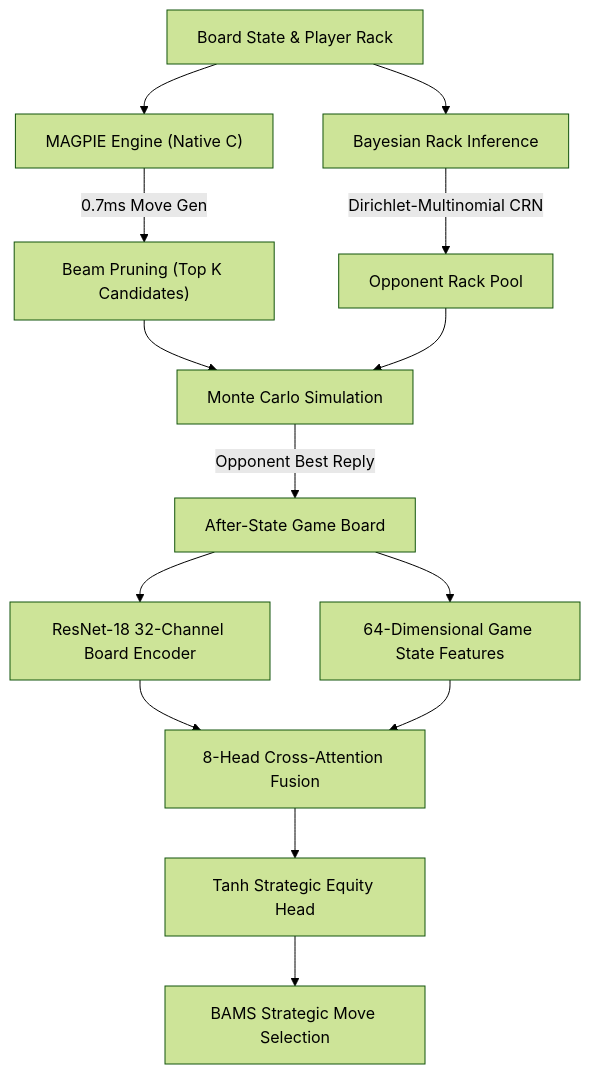
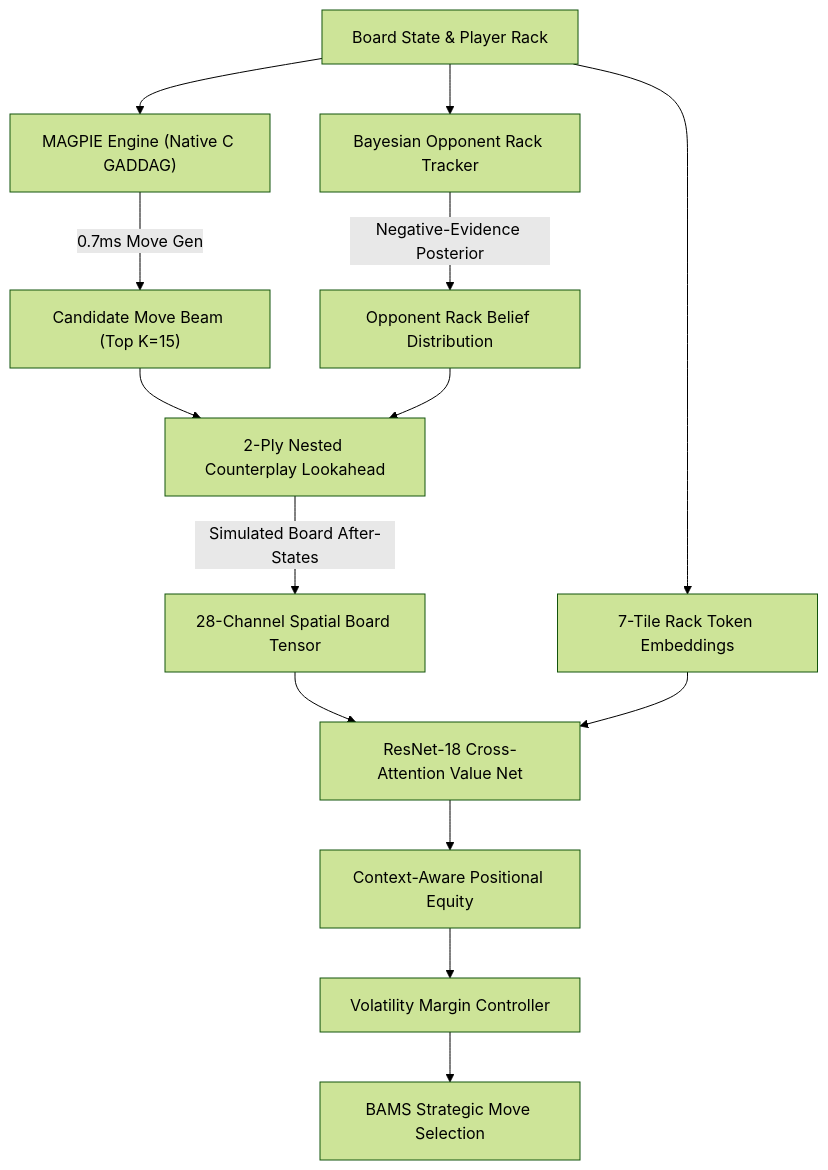
Before and after one commit to targed/Alphable: the diagram in README.md, drawn with Mermaid (forest theme). The commit also changed other lines of this file, not shown here.

````diff
--- a/README.md
+++ b/README.md
@@ -110,14 +106,14 @@
 ```mermaid
 graph TD
-    A["Board State & Player Rack"] --> B["MAGPIE Engine (Native C)"]
-    B -->|"0.7ms Move Gen"| C["Beam Pruning (Top K Candidates)"]
-    A --> D["Bayesian Rack Inference"]
-    D -->|"Dirichlet-Multinomial CRN"| E["Opponent Rack Pool"]
-    C & E --> F["Monte Carlo Simulation"]
-    F -->|"Opponent Best Reply"| G["After-State Game Board"]
-    G --> H["ResNet-18 32-Channel Board Encoder"]
-    G --> I["64-Dimensional Game State Features"]
-    H & I --> J["8-Head Cross-Attention Fusion"]
-    J --> K["Tanh Strategic Equity Head"]
+    A["Board State & Player Rack"] --> B["MAGPIE Engine (Native C GADDAG)"]
+    B -->|"0.7ms Move Gen"| C["Candidate Move Beam (Top K=15)"]
+    A --> D["Bayesian Opponent Rack Tracker"]
+    D -->|"Negative-Evidence Posterior"| E["Opponent Rack Belief Distribution"]
+    C & E --> F["2-Ply Nested Counterplay Lookahead"]
+    F -->|"Simulated Board After-States"| G["28-Channel Spatial Board Tensor"]
+    A --> H["7-Tile Rack Token Embeddings"]
+    G & H --> I["ResNet-18 Cross-Attention Value Net"]
+    I --> J["Context-Aware Positional Equity"]
+    J --> K["Volatility Margin Controller"]
     K --> L["BAMS Strategic Move Selection"]
 ```
````
